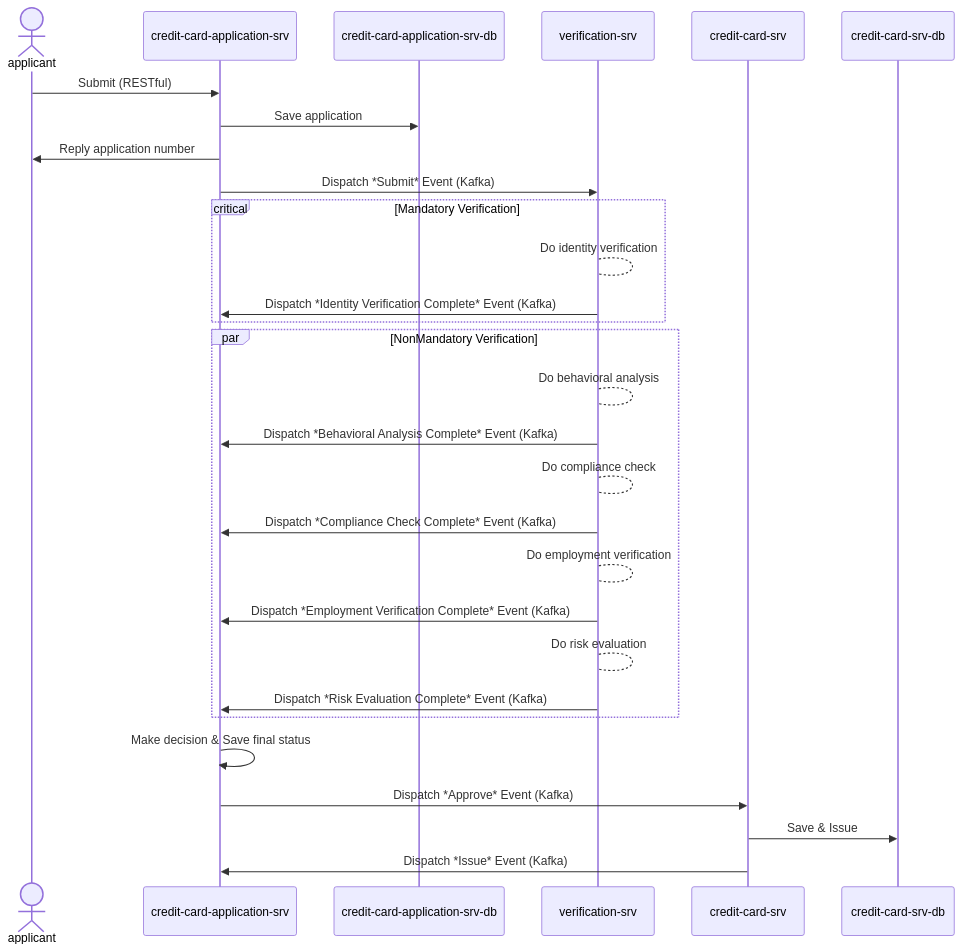
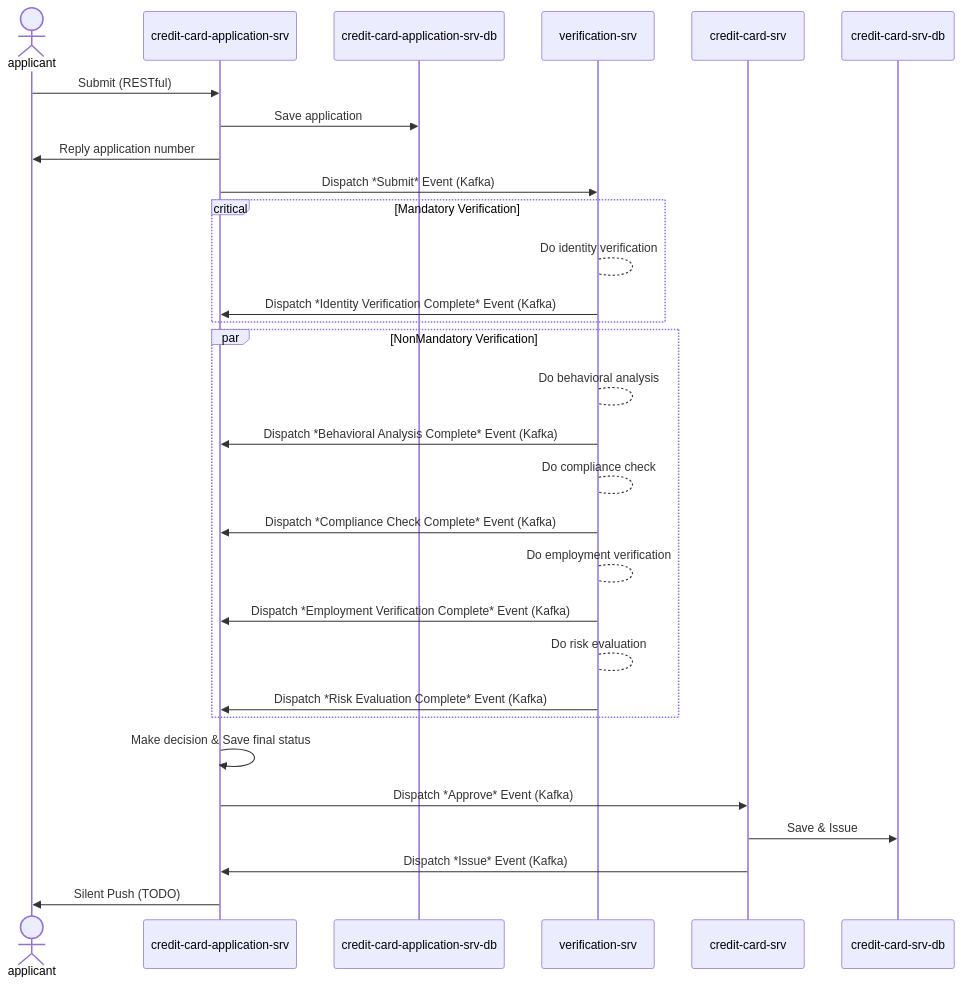
The diagram in README.md (bugbug0102/quick-credit), drawn with Mermaid before and after one commit. The commit also changed other lines of this file, not shown here.

````diff
--- a/README.md
+++ b/README.md
@@ -48,38 +48,39 @@
 ```mermaid
 sequenceDiagram
     actor applicant
     participant credit-card-application-srv
     participant credit-card-application-srv-db
     participant verification-srv
     participant credit-card-srv
     participant credit-card-srv-db
     
     applicant->>credit-card-application-srv: Submit (RESTful)
     credit-card-application-srv->>credit-card-application-srv-db: Save application
 
     credit-card-application-srv->>applicant: Reply application number
     credit-card-application-srv->>verification-srv: Dispatch *Submit* Event (Kafka)
     critical Mandatory Verification
         verification-srv-->verification-srv: Do identity verification
         verification-srv->>credit-card-application-srv: Dispatch *Identity Verification Complete* Event (Kafka)
     end
     par NonMandatory Verification
         verification-srv-->verification-srv: Do behavioral analysis
         verification-srv->>credit-card-application-srv: Dispatch *Behavioral Analysis Complete* Event (Kafka)
 
         verification-srv-->verification-srv: Do compliance check
         verification-srv->>credit-card-application-srv: Dispatch *Compliance Check Complete* Event (Kafka)
 
         verification-srv-->verification-srv: Do employment verification
         verification-srv->>credit-card-application-srv: Dispatch *Employment Verification Complete* Event (Kafka)
 
         verification-srv-->verification-srv: Do risk evaluation
         verification-srv->>credit-card-application-srv: Dispatch *Risk Evaluation Complete* Event (Kafka)
     end
 
     credit-card-application-srv->>credit-card-application-srv: Make decision & Save final status
     credit-card-application-srv->>credit-card-srv: Dispatch *Approve* Event (Kafka)
     credit-card-srv->>credit-card-srv-db: Save & Issue
     credit-card-srv->>credit-card-application-srv: Dispatch *Issue* Event (Kafka)
+    credit-card-application-srv->>applicant: Silent Push (TODO)
 
 ```
````
